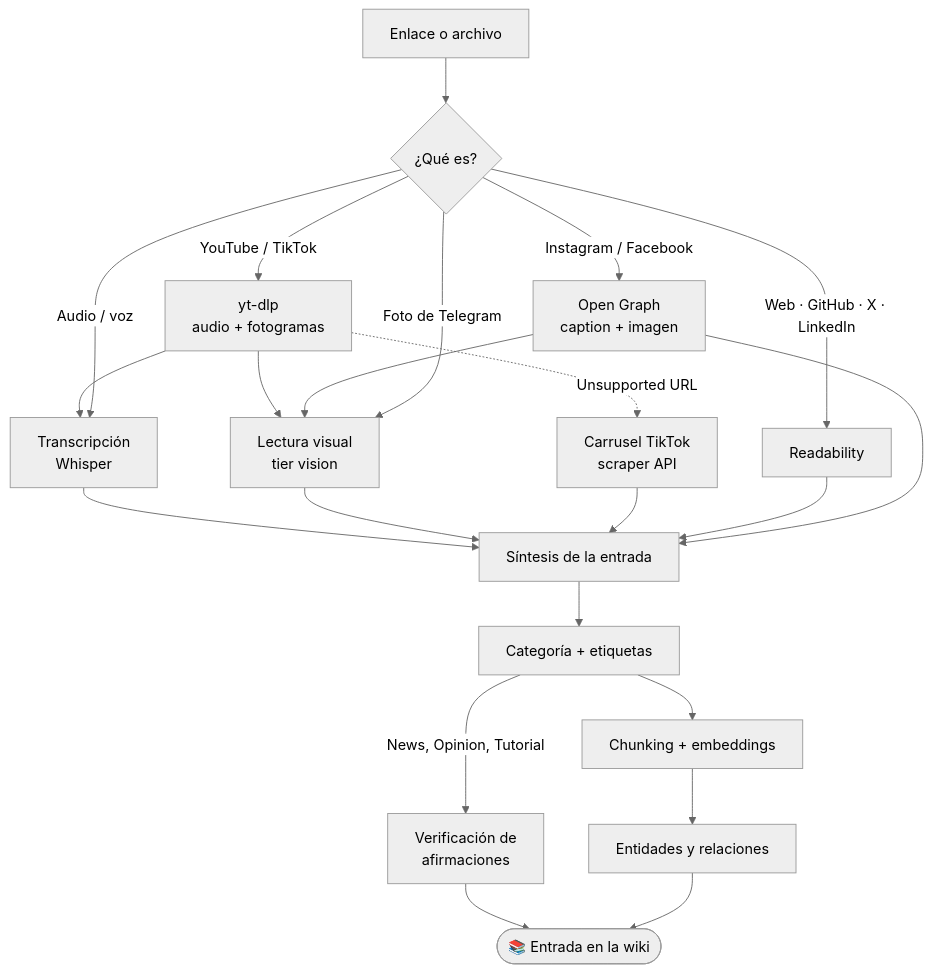
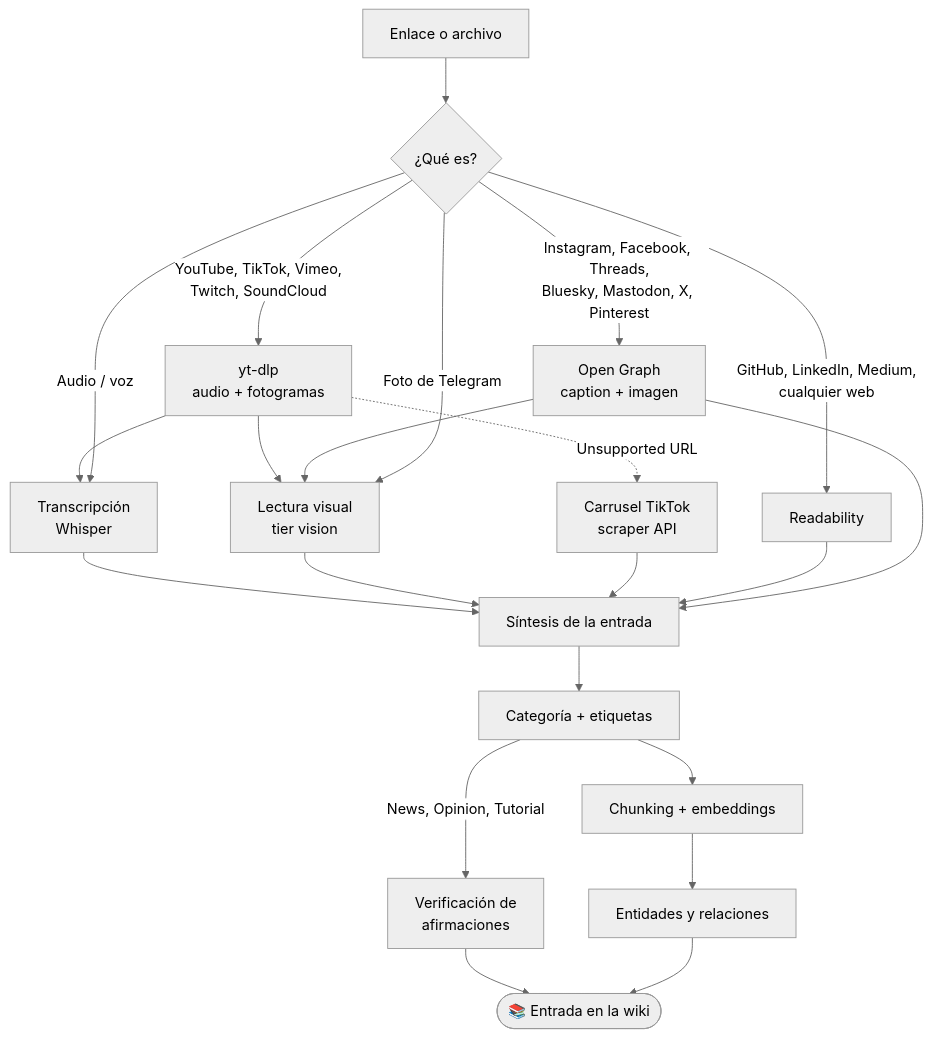
One commit to luisfarfan/rumia changed the second of 2 diagrams in README.md. Above: the diagram before and after it, drawn with Mermaid (neutral theme). The commit also changed other lines of this file and 4 other files, not shown here.

````diff
--- a/README.md
+++ b/README.md
@@ -89,28 +99,28 @@
 ```mermaid
 flowchart TD
     IN["Enlace o archivo"] --> DET{"¿Qué es?"}
 
-    DET -->|YouTube / TikTok| YT["yt-dlp<br/>audio + fotogramas"]
+    DET -->|YouTube, TikTok, Vimeo,<br/>Twitch, SoundCloud| YT["yt-dlp<br/>audio + fotogramas"]
     YT --> TR["Transcripción<br/>Whisper"]
     YT --> VIS["Lectura visual<br/>tier vision"]
     YT -.->|Unsupported URL| CAR["Carrusel TikTok<br/>scraper API"]
 
-    DET -->|Instagram / Facebook| OG["Open Graph<br/>caption + imagen"]
+    DET -->|Instagram, Facebook, Threads,<br/>Bluesky, Mastodon, X, Pinterest| OG["Open Graph<br/>caption + imagen"]
     OG --> VIS
     DET -->|Foto de Telegram| VIS
     DET -->|Audio / voz| TR
-    DET -->|Web · GitHub · X · LinkedIn| RD["Readability"]
+    DET -->|GitHub, LinkedIn, Medium,<br/>cualquier web| RD["Readability"]
 
     TR --> SYN["Síntesis de la entrada"]
     VIS --> SYN
     CAR --> SYN
     RD --> SYN
     OG --> SYN
 
     SYN --> CAT["Categoría + etiquetas"]
     CAT -->|News, Opinion, Tutorial| FC["Verificación de<br/>afirmaciones"]
     CAT --> EMB["Chunking + embeddings"]
     EMB --> GR["Entidades y relaciones"]
     FC --> DONE(["📚 Entrada en la wiki"])
     GR --> DONE
 ```
````
